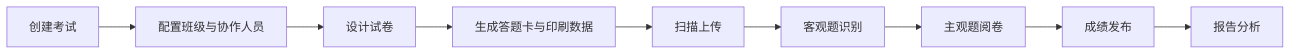
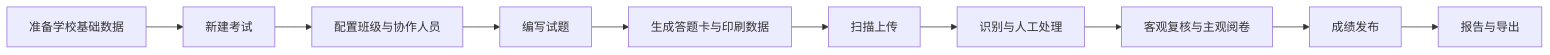
The diagram in docs/index.md (gu0y1/docs.examark.net), drawn with Mermaid before and after one commit. The commit also changed other lines of this file and 37 other files, not shown here.

````diff
--- a/docs/index.md
+++ b/docs/index.md
@@ -50,11 +126,12 @@
 ```mermaid
 flowchart LR
-  A[创建考试] --> B[配置班级与协作人员]
-  B --> C[设计试卷]
-  C --> D[生成答题卡与印刷数据]
-  D --> E[扫描上传]
-  E --> F[客观题识别]
-  F --> G[主观题阅卷]
-  G --> H[成绩发布]
-  H --> I[报告分析]
+  A[准备学校基础数据] --> B[新建考试]
+  B --> C[配置班级与协作人员]
+  C --> D[编写试题]
+  D --> E[生成答题卡与印刷数据]
+  E --> F[扫描上传]
+  F --> G[识别与人工处理]
+  G --> H[客观复核与主观阅卷]
+  H --> I[成绩发布]
+  I --> J[报告与导出]
 ```
````
